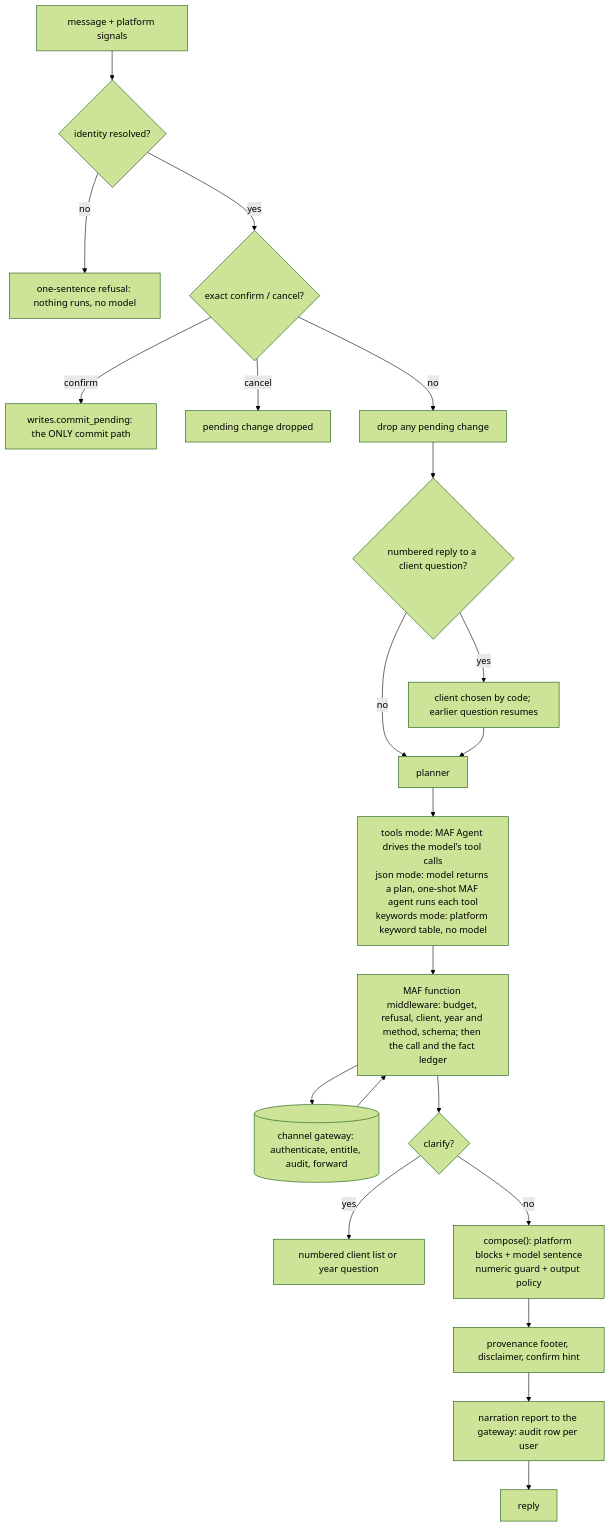
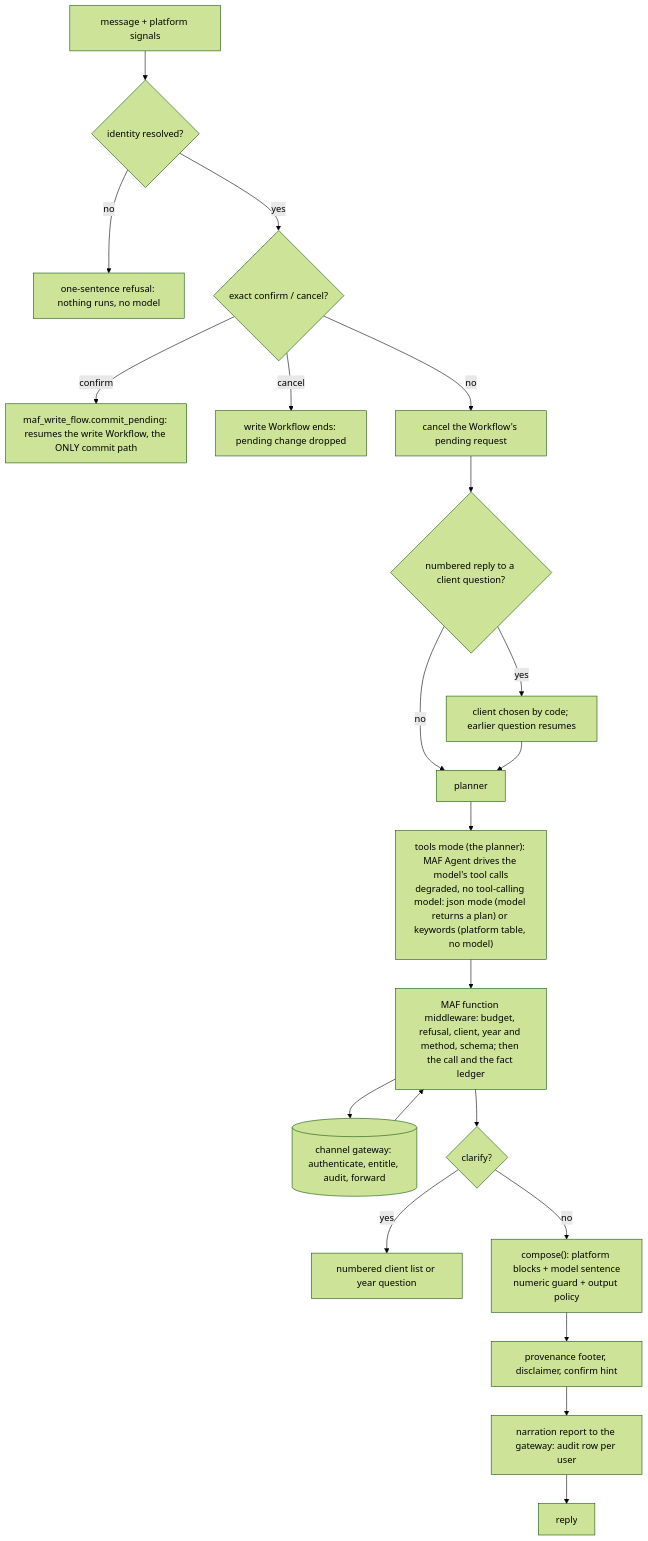
Before and after one commit to jamesiford/tax-credit-copilot-public: the first of 2 diagrams in docs/m365-channel/ORCHESTRATOR.md, drawn with Mermaid (forest theme). The commit also changed other lines of this file and 11 other files, not shown here.

Commit message:
feat(RM-10b): the write path is a MAF Workflow: prepare, the framework's request step, commit; in-memory checkpoint

````diff
--- a/docs/m365-channel/ORCHESTRATOR.md
+++ b/docs/m365-channel/ORCHESTRATOR.md
@@ -12,23 +12,23 @@
 ```mermaid
 flowchart TD
     M[message + platform signals] --> I{identity resolved?}
     I -- no --> R1[one-sentence refusal: nothing runs, no model]
     I -- yes --> C{exact confirm / cancel?}
-    C -- confirm --> W[writes.commit_pending: the ONLY commit path]
-    C -- cancel --> R2[pending change dropped]
-    C -- no --> D[drop any pending change]
+    C -- confirm --> W[maf_write_flow.commit_pending: resumes the write Workflow, the ONLY commit path]
+    C -- cancel --> R2[write Workflow ends: pending change dropped]
+    C -- no --> D[cancel the Workflow's pending request]
     D --> N{numbered reply to a client question?}
     N -- yes --> S[client chosen by code; earlier question resumes]
     N -- no --> P
     S --> P[planner]
-    P --> T["tools mode: MAF Agent drives the model's tool calls\njson mode: model returns a plan, one-shot MAF agent runs each tool\nkeywords mode: platform keyword table, no model"]
+    P --> T["tools mode (the planner): MAF Agent drives the model's tool calls\ndegraded, no tool-calling model: json mode (model returns a plan) or keywords (platform table, no model)"]
     T --> TR["MAF function middleware: budget, refusal, client, year and method, schema; then the call and the fact ledger"]
     TR --> G[(channel gateway: authenticate, entitle, audit, forward)]
     G --> TR
     TR --> Q{clarify?}
     Q -- yes --> R3[numbered client list or year question]
     Q -- no --> K["compose(): platform blocks + model sentence\nnumeric guard + output policy"]
     K --> F[provenance footer, disclaimer, confirm hint]
     F --> A[narration report to the gateway: audit row per user]
     A --> OUT[reply]
 ```
````
